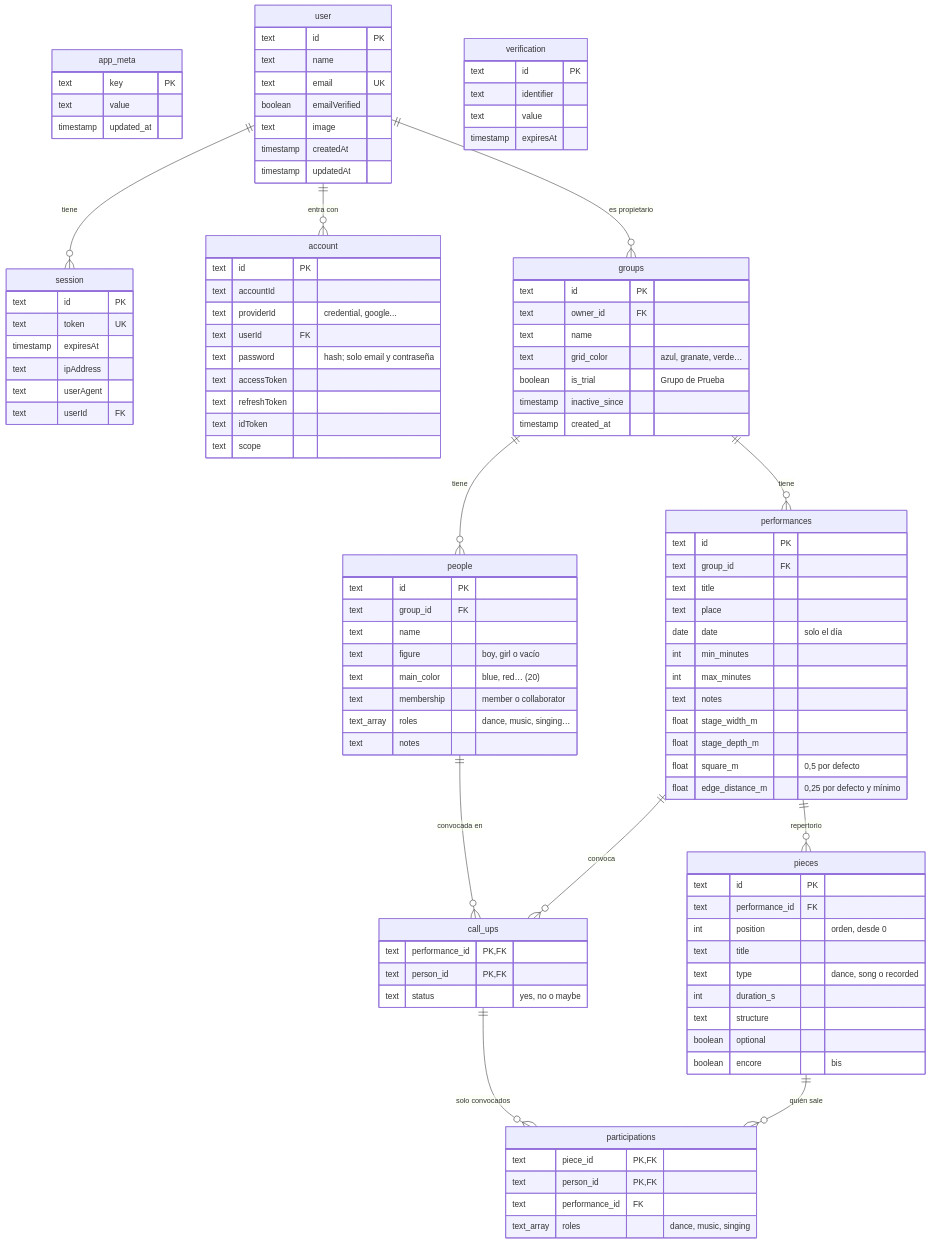
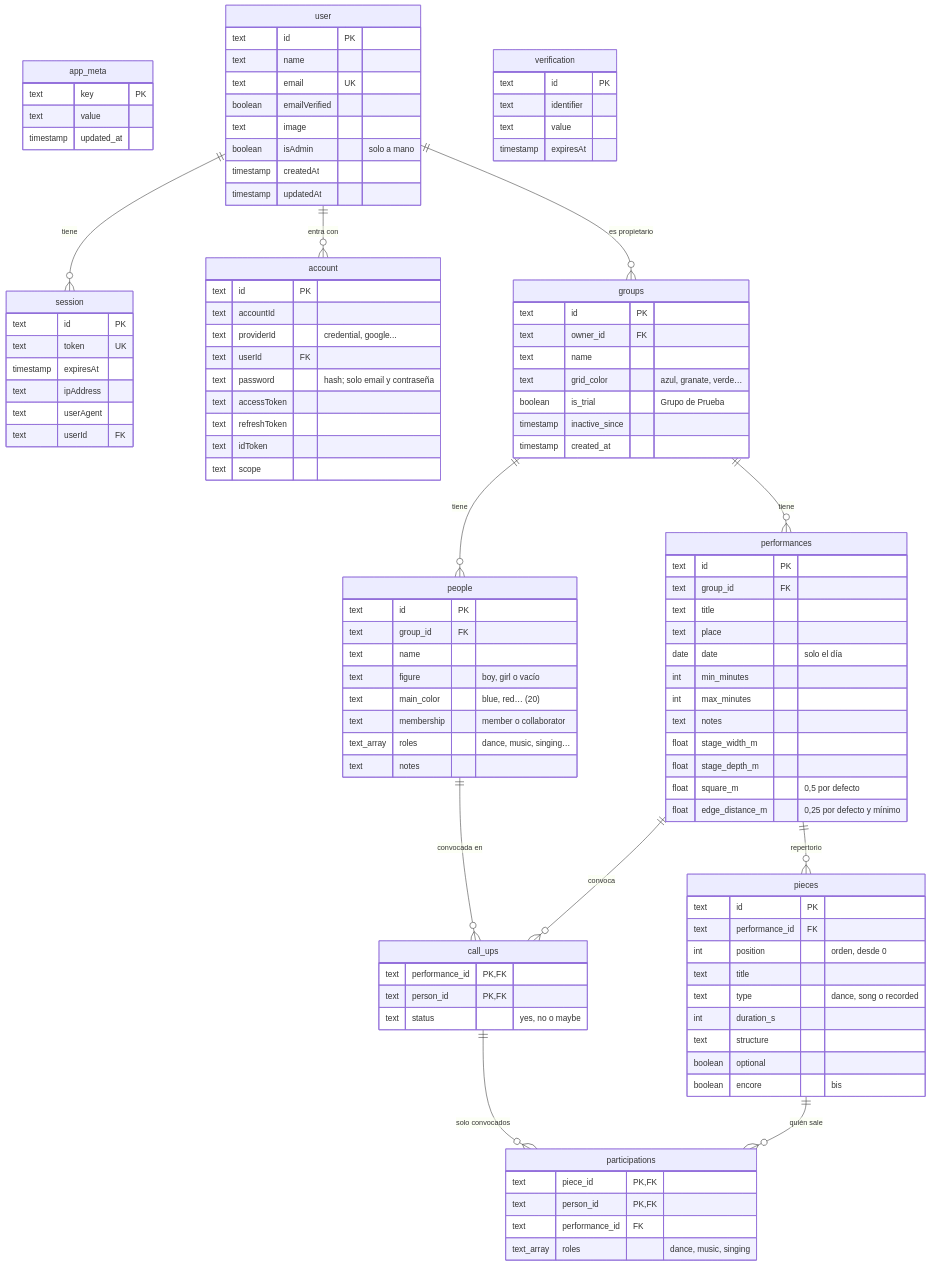
The first of 2 diagrams in documentation/database.md (juananmgz/cuadrocorrocalle), drawn with Mermaid before and after one commit. The commit also changed other lines of this file and 19 other files, not shown here.

```diff
--- a/documentation/database.md
+++ b/documentation/database.md
@@ -36,6 +37,7 @@
     text email UK
     boolean emailVerified
     text image
+    boolean isAdmin "solo a mano"
     timestamp createdAt
     timestamp updatedAt
   }
```
